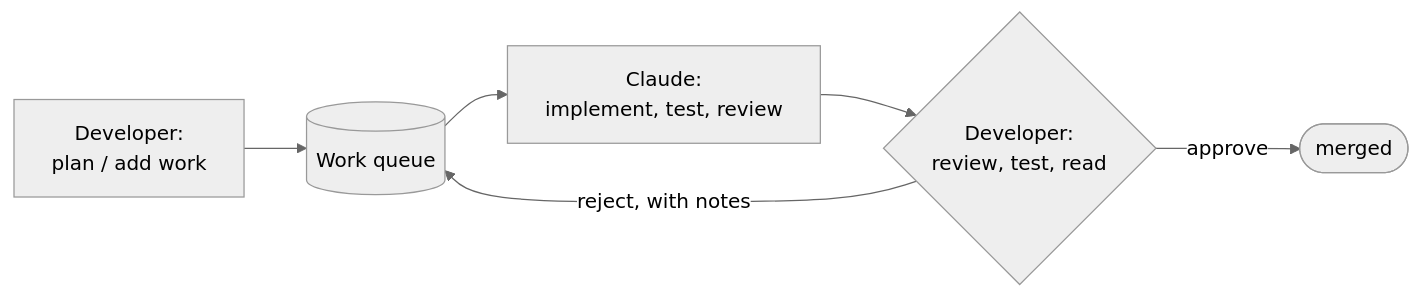
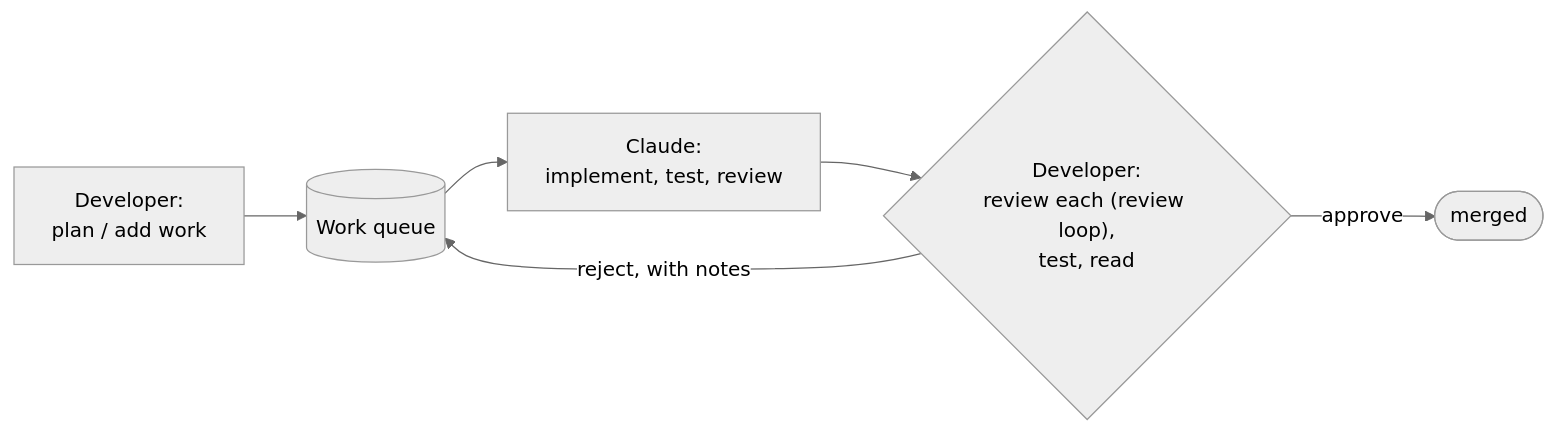
One commit to ashleydavis/playbook changed the first of 3 diagrams in handbook.md. Above: the diagram before and after it, drawn with Mermaid (neutral theme). The commit also changed other lines of this file and 3 other files, not shown here.

````diff
--- a/handbook.md
+++ b/handbook.md
@@ -17,8 +17,8 @@
 ```mermaid
 flowchart LR
     DEV["Developer:<br/>plan / add work"] --> Q[("Work queue")]
     Q --> AI["Claude:<br/>implement, test, review"]
-    AI --> REV{"Developer:<br/>review, test, read"}
+    AI --> REV{"Developer:<br/>review each (review loop),<br/>test, read"}
     REV -->|approve| DONE(["merged"])
     REV -->|reject, with notes| Q
 ```
````
